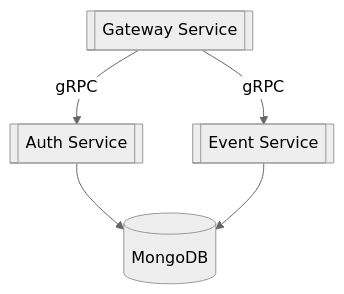
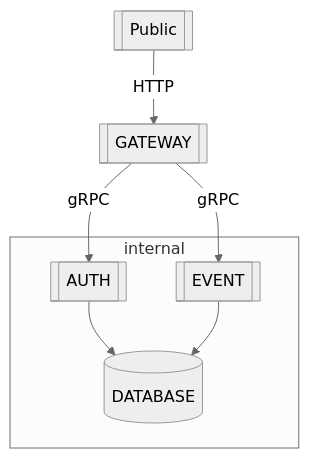
The diagram in README.md (RunFridge/event-manager), drawn with Mermaid (neutral theme) before and after one commit.

````diff
--- a/README.md
+++ b/README.md
@@ -46,12 +46,17 @@
 ```mermaid
 flowchart TD
-	gateway[["Gateway Service"]]
-    auth[["Auth Service"]]
-    event[["Event Service"]]
-    db[("MongoDB")]
+	public[["Public"]]
+	gateway[["GATEWAY"]]
 
+	subgraph internal
+    auth[["AUTH"]]
+    event[["EVENT"]]
+    db[("DATABASE")]
+    end
+
+	public -->|HTTP| gateway
     gateway -->|gRPC| auth
     gateway -->|gRPC| event
     auth --> db
     event --> db
 ```
````
